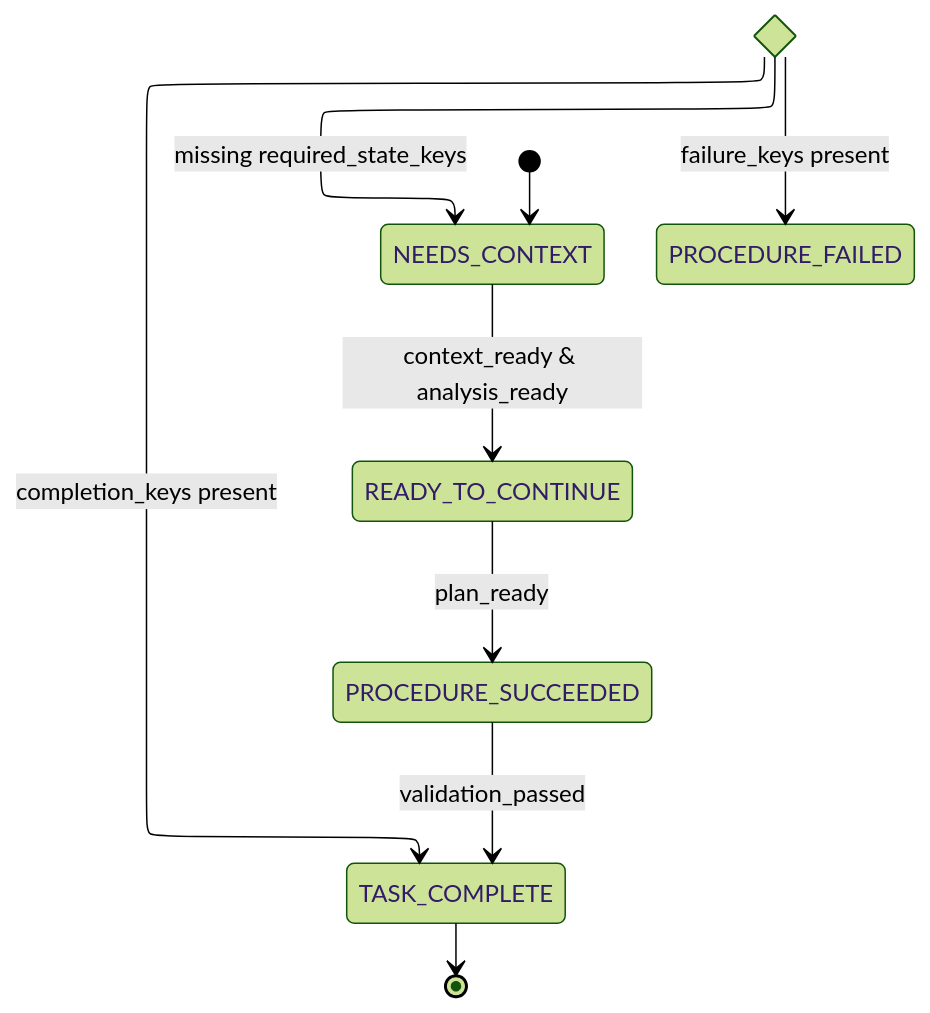
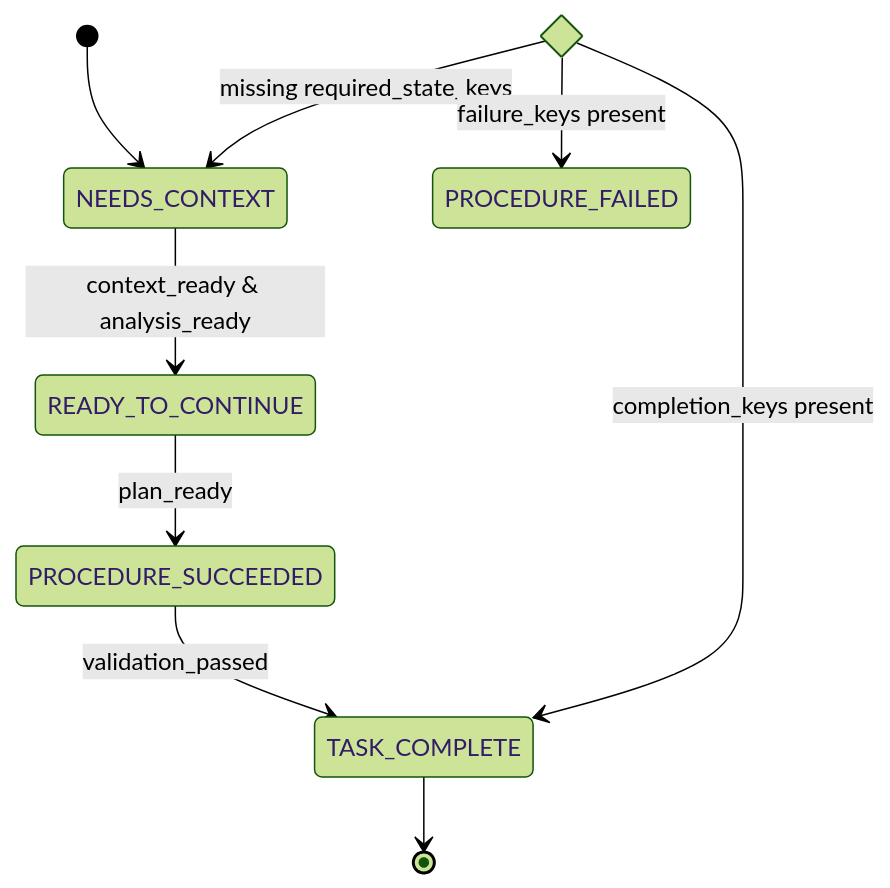
The second of 4 diagrams in docs/user-guide.md (withtwoemms/slater), drawn with Mermaid (forest theme) before and after one commit. The commit also changed other lines of this file, not shown here.

Commit message:
removes elk config layout

````diff
--- a/docs/user-guide.md
+++ b/docs/user-guide.md
@@ -359,17 +355,13 @@
 ```mermaid
----
-  config:
-    layout: elk
----
 stateDiagram-v2
     [*] --> NEEDS_CONTEXT
     NEEDS_CONTEXT --> READY_TO_CONTINUE : context_ready & analysis_ready
     READY_TO_CONTINUE --> PROCEDURE_SUCCEEDED : plan_ready
     PROCEDURE_SUCCEEDED --> TASK_COMPLETE : validation_passed
     TASK_COMPLETE --> [*]
 
     state ANY <<choice>>
     ANY --> NEEDS_CONTEXT : missing required_state_keys
     ANY --> PROCEDURE_FAILED : failure_keys present
     ANY --> TASK_COMPLETE : completion_keys present
 ```
````
